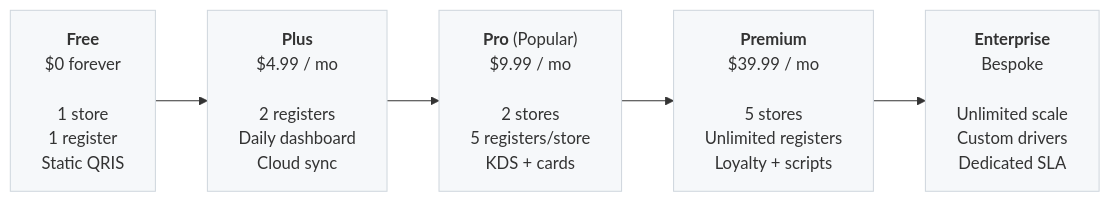
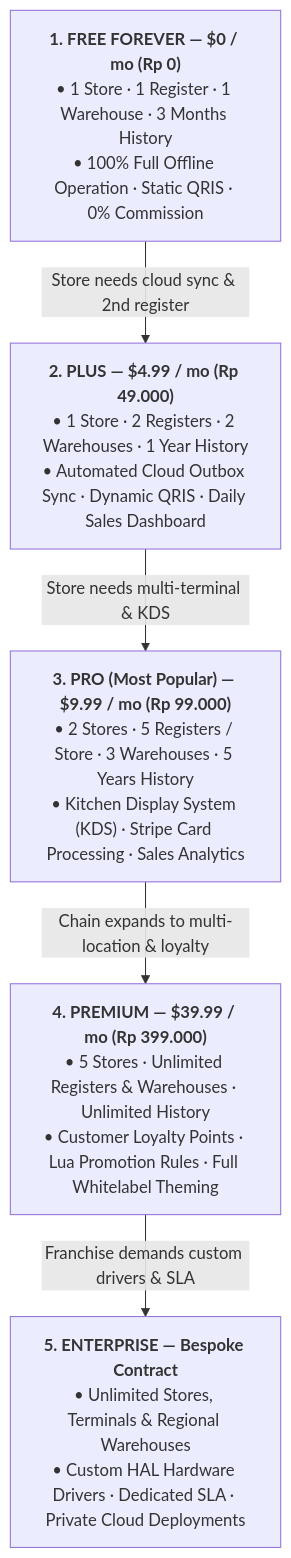
One commit to kardelitaitu/kasirmu changed the second of 2 diagrams in README.md. Above: the diagram before and after it, drawn with Mermaid.

Commit message:
docs(readme): repair subscription tiers mermaid chart to readable vertical orientation

````diff
--- a/README.md
+++ b/README.md
@@ -263,16 +263,17 @@
 ```mermaid
-flowchart LR
-    F["<b>Free</b><br/>$0 forever<br/><br/>1 store<br/>1 register<br/>Static QRIS"]
-    PL["<b>Plus</b><br/>$4.99 / mo<br/><br/>2 registers<br/>Daily dashboard<br/>Cloud sync"]
-    PR["<b>Pro</b> (Popular)<br/>$9.99 / mo<br/><br/>2 stores<br/>5 registers/store<br/>KDS + cards"]
-    PM["<b>Premium</b><br/>$39.99 / mo<br/><br/>5 stores<br/>Unlimited registers<br/>Loyalty + scripts"]
-    ET["<b>Enterprise</b><br/>Bespoke<br/><br/>Unlimited scale<br/>Custom drivers<br/>Dedicated SLA"]
+flowchart TD
+    F["<b>1. FREE FOREVER — $0 / mo (Rp 0)</b><br/>• 1 Store · 1 Register · 1 Warehouse · 3 Months History<br/>• 100% Full Offline Operation · Static QRIS · 0% Commission"]
+    
+    PL["<b>2. PLUS — $4.99 / mo (Rp 49.000)</b><br/>• 1 Store · 2 Registers · 2 Warehouses · 1 Year History<br/>• Automated Cloud Outbox Sync · Dynamic QRIS · Daily Sales Dashboard"]
+    
+    PR["<b>3. PRO (Most Popular) — $9.99 / mo (Rp 99.000)</b><br/>• 2 Stores · 5 Registers / Store · 3 Warehouses · 5 Years History<br/>• Kitchen Display System (KDS) · Stripe Card Processing · Sales Analytics"]
+    
+    PM["<b>4. PREMIUM — $39.99 / mo (Rp 399.000)</b><br/>• 5 Stores · Unlimited Registers & Warehouses · Unlimited History<br/>• Customer Loyalty Points · Lua Promotion Rules · Full Whitelabel Theming"]
+    
+    ET["<b>5. ENTERPRISE — Bespoke Contract</b><br/>• Unlimited Stores, Terminals & Regional Warehouses<br/>• Custom HAL Hardware Drivers · Dedicated SLA · Private Cloud Deployments"]
 
-    F --> PL --> PR --> PM --> ET
-
-    style F fill:#f6f8fa,stroke:#d0d7de
-    style PL fill:#f6f8fa,stroke:#d0d7de
-    style PR fill:#f6f8fa,stroke:#d0d7de
-    style PM fill:#f6f8fa,stroke:#d0d7de
-    style ET fill:#f6f8fa,stroke:#d0d7de
+    F -->|Store needs cloud sync & 2nd register| PL
+    PL -->|Store needs multi-terminal & KDS| PR
+    PR -->|Chain expands to multi-location & loyalty| PM
+    PM -->|Franchise demands custom drivers & SLA| ET
 ```
````
